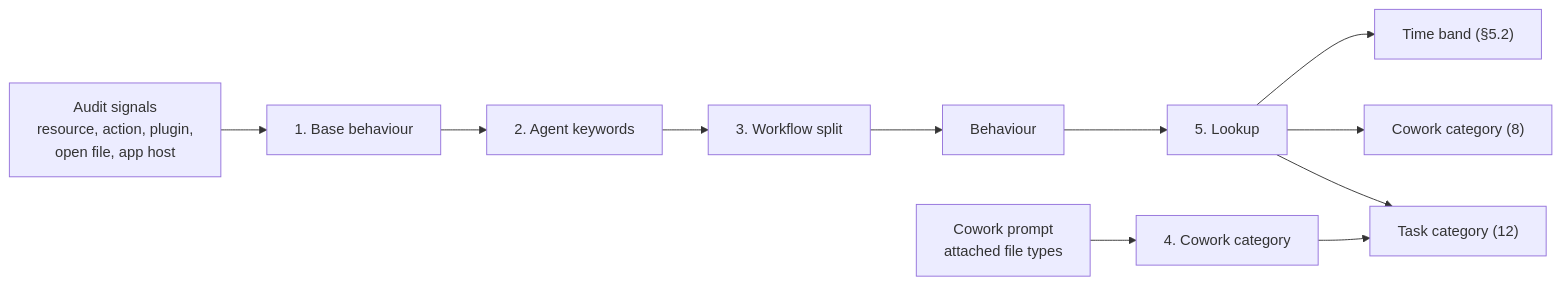
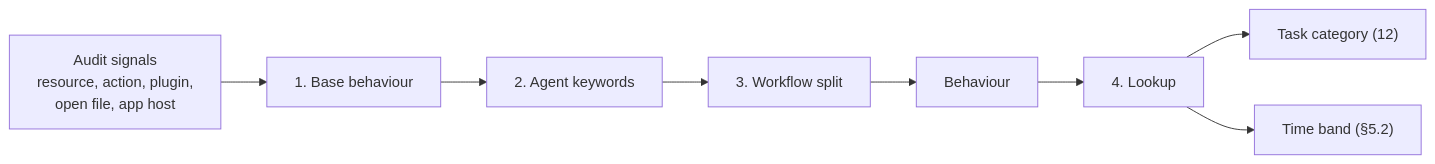
Before and after one commit to microsoft/AnalyticsHub-Dashboard: the second of 2 diagrams in docs/METHODOLOGY.md, drawn with Mermaid. The commit also changed other lines of this file, not shown here.

First line of the commit message:
Remove Cowork categorisation and valuation detail from METHODOLOGY.md

````diff
--- a/docs/METHODOLOGY.md
+++ b/docs/METHODOLOGY.md
@@ -104,13 +105,10 @@
 ```mermaid
 flowchart LR
     S["Audit signals<br/>resource, action, plugin,<br/>open file, app host"] --> B1["1. Base behaviour"]
     B1 --> B2["2. Agent keywords"]
     B2 --> B3["3. Workflow split"]
     B3 --> BE["Behaviour"]
-    BE --> L["5. Lookup"]
+    BE --> L["4. Lookup"]
     L --> T["Task category (12)"]
-    L --> CC["Cowork category (8)"]
     L --> M["Time band (§5.2)"]
-    CW["Cowork prompt<br/>attached file types"] --> C4["4. Cowork category"]
-    C4 --> T
 ```
````
